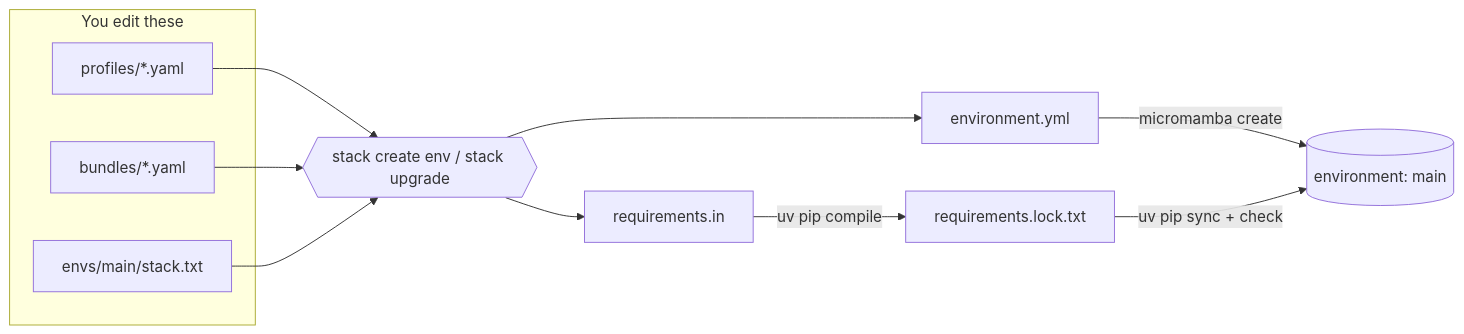
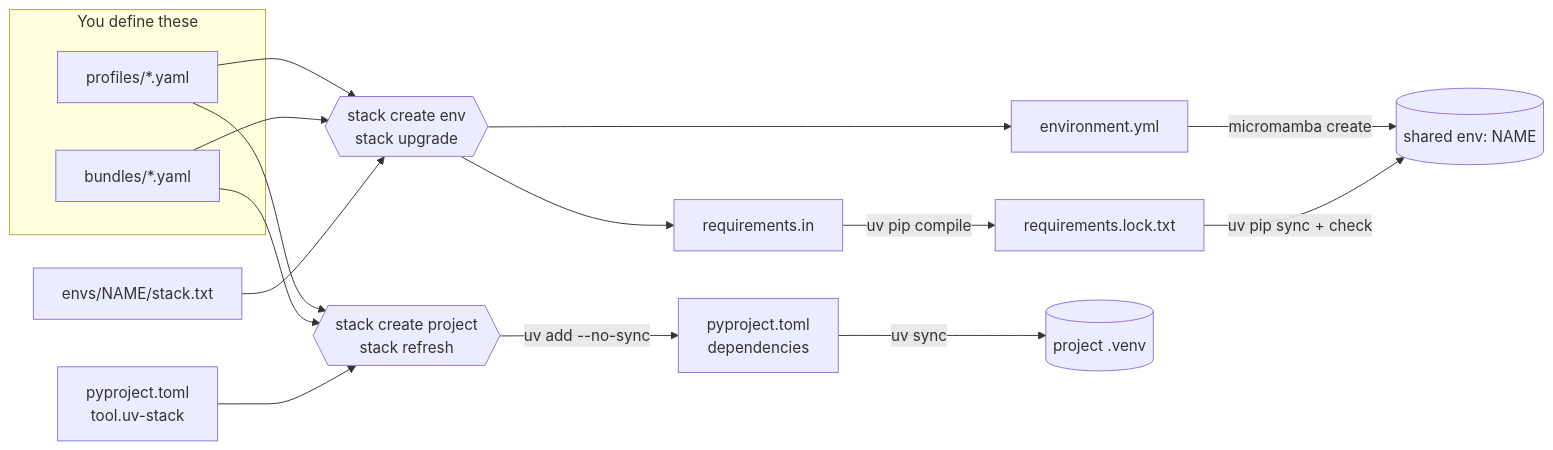
Before and after one commit to scott-arne/uv-stack: the diagram in README.md, drawn with Mermaid. The commit also changed other lines of this file, not shown here.

Commit message:
docs: show both install destinations in the flow diagram
The diagram sat directly under the paragraph introducing the define/install
split but drew only one of the two destinations, so the project path — the
half a new user is most likely to be unsure about — was invisible at the
point the split was being explained.

Adds the project branch (pyproject.toml -> uv add --no-sync -> uv sync ->
.venv) as a second sink fed by the same profiles and bundles, and drops
'main' for 'NAME' so the shared-environment branch does not read as a
single fixed environment.

The caption's claim that everything downstream is generated and carries the
uv-stack header was only ever true of the environment path, and only of
requirements.in and environment.yml — uv writes requirements.lock.txt, and
pyproject.toml is the user's own file. Rewritten to say what each path
actually generates.

````diff
--- a/README.md
+++ b/README.md
@@ -19,17 +19,34 @@
 ```mermaid
 flowchart LR
-    subgraph sources["You edit these"]
+    subgraph sources["You define these"]
         P["profiles/*.yaml"]
         B["bundles/*.yaml"]
-        S["envs/main/stack.txt"]
     end
-    R{{"stack create env / stack upgrade"}}
+
+    S["envs/NAME/stack.txt"]
+    R{{"stack create env<br>stack upgrade"}}
+    EY["environment.yml"]
+    RI["requirements.in"]
+    LK["requirements.lock.txt"]
+    ENV[("shared env: NAME")]
+
+    T["pyproject.toml<br>tool.uv-stack"]
+    R2{{"stack create project<br>stack refresh"}}
+    D["pyproject.toml<br>dependencies"]
+    V[("project .venv")]
+
     P --> R
     B --> R
     S --> R
-    R --> EY["environment.yml"]
-    R --> RI["requirements.in"]
-    EY -- "micromamba create" --> ENV[("environment: main")]
-    RI -- "uv pip compile" --> LK["requirements.lock.txt"]
+    R --> EY
+    R --> RI
+    EY -- "micromamba create" --> ENV
+    RI -- "uv pip compile" --> LK
     LK -- "uv pip sync + check" --> ENV
+
+    P --> R2
+    B --> R2
+    T --> R2
+    R2 -- "uv add --no-sync" --> D
+    D -- "uv sync" --> V
 ```
````
